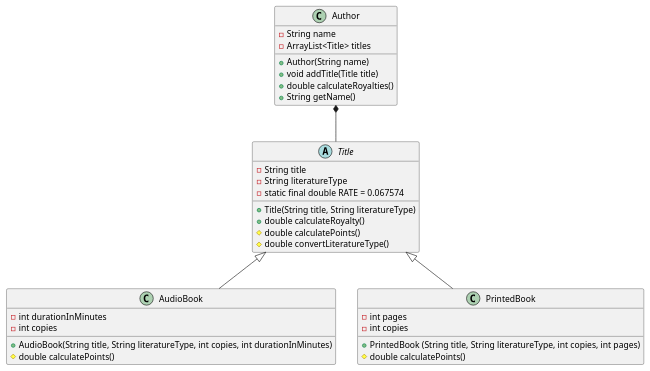
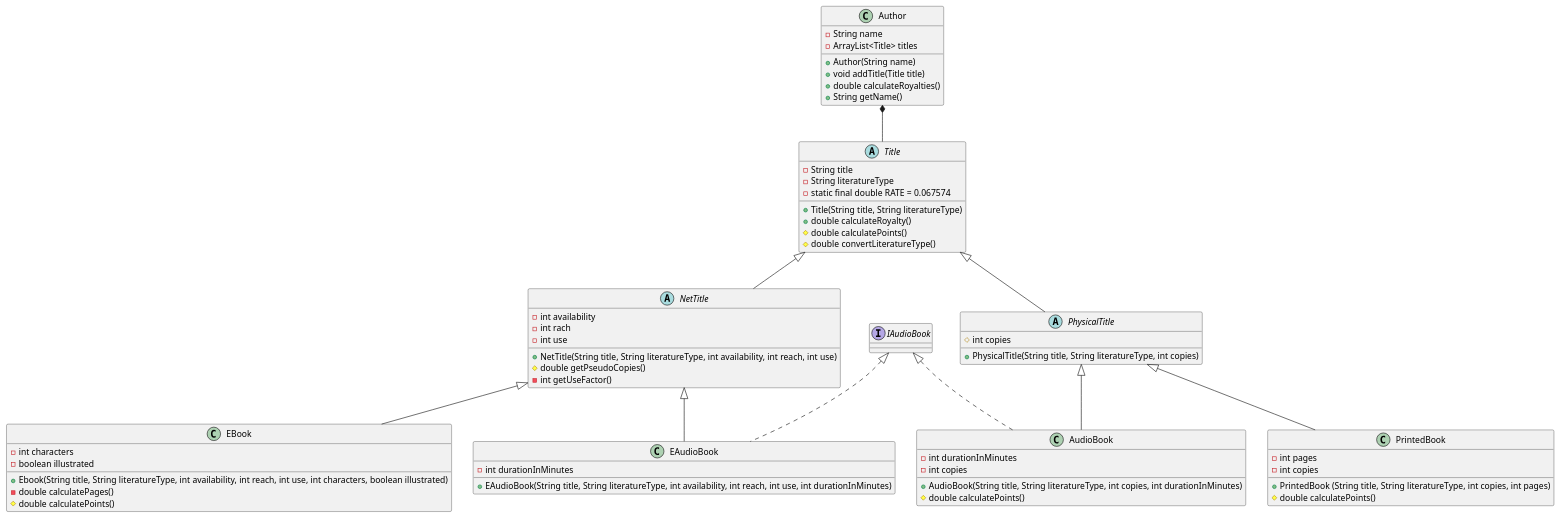
The diagram in src/Design.puml (tobiashardoe/SP-2), drawn with PlantUML before and after one commit. The commit also changed 8 other files, not shown here.

```diff
--- a/src/Design.puml
+++ b/src/Design.puml
@@ -1,39 +1,72 @@
 @startuml
 'https://plantuml.com/class-diagram
 
 
 class Author{
 - String name
 - ArrayList<Title> titles
 + Author(String name)
 + void addTitle(Title title)
 + double calculateRoyalties()
 + String getName()
 }
 abstract class Title{
 - String title
 - String literatureType
 - static final double RATE = 0.067574
 + Title(String title, String literatureType)
 + double calculateRoyalty()
 # double calculatePoints()
 # double convertLiteratureType()
 }
 class AudioBook{
 - int durationInMinutes
 - int copies
 + AudioBook(String title, String literatureType, int copies, int durationInMinutes)
 # double calculatePoints()
 }
 class PrintedBook{
 - int pages
 - int copies
 + PrintedBook (String title, String literatureType, int copies, int pages)
 # double calculatePoints()
 }
+abstract class NetTitle{
+- int availability
+- int rach
+-int use
++ NetTitle(String title, String literatureType, int availability, int reach, int use)
+# double getPseudoCopies()
+- int getUseFactor()
+}
+abstract class PhysicalTitle{
+# int copies
++ PhysicalTitle(String title, String literatureType, int copies)
+
+}
+class EBook{
+- int characters
+- boolean illustrated
++ Ebook(String title, String literatureType, int availability, int reach, int use, int characters, boolean illustrated)
+- double calculatePages()
+# double calculatePoints()
+}
+class EAudioBook{
+- int durationInMinutes
++ EAudioBook(String title, String literatureType, int availability, int reach, int use, int durationInMinutes)
+}
+interface IAudioBook{
+}
 Author*--Title
-Title<|--AudioBook
-Title<|--PrintedBook
+Title<|--PhysicalTitle
+Title<|--NetTitle
+NetTitle<|--EBook
+NetTitle<|--EAudioBook
+PhysicalTitle<|--AudioBook
+PhysicalTitle<|--PrintedBook
+IAudioBook<|..AudioBook
+IAudioBook<|..EAudioBook
+
 
 
 @enduml
```
